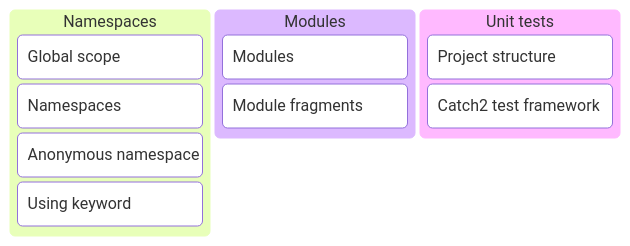
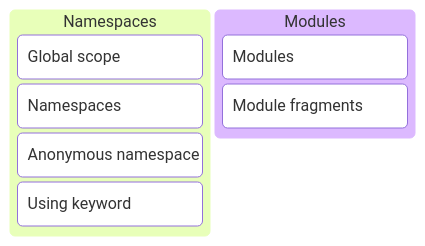
One commit to GlennVL-AP/cpp-programming-slides changed the diagram in slides/session_8/index.md. Above: the diagram before and after it, drawn with Mermaid. The commit also changed other lines of this file and 1 other file, not shown here.

````diff
--- a/slides/session_8/index.md
+++ b/slides/session_8/index.md
@@ -7,14 +7,11 @@
 ```mermaid
 kanban
   column1[Namespaces]
     task1[Global scope]
     task2[Namespaces]
     task3[Anonymous namespace]
     task4[Using keyword]
   column2[Modules]
     task5[Modules]
     task6[Module fragments]
-  column3[Unit tests]
-    task7[Project structure]
-    task8[Catch2 test framework]
 ```
````
